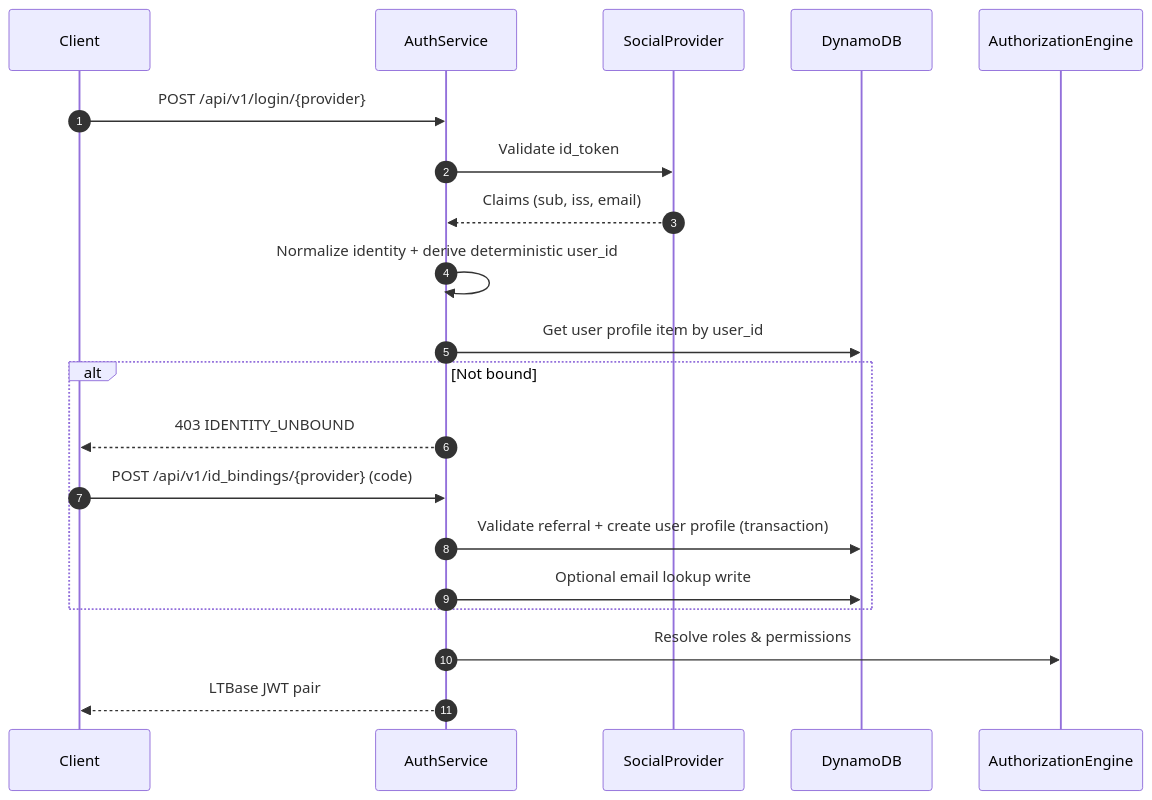
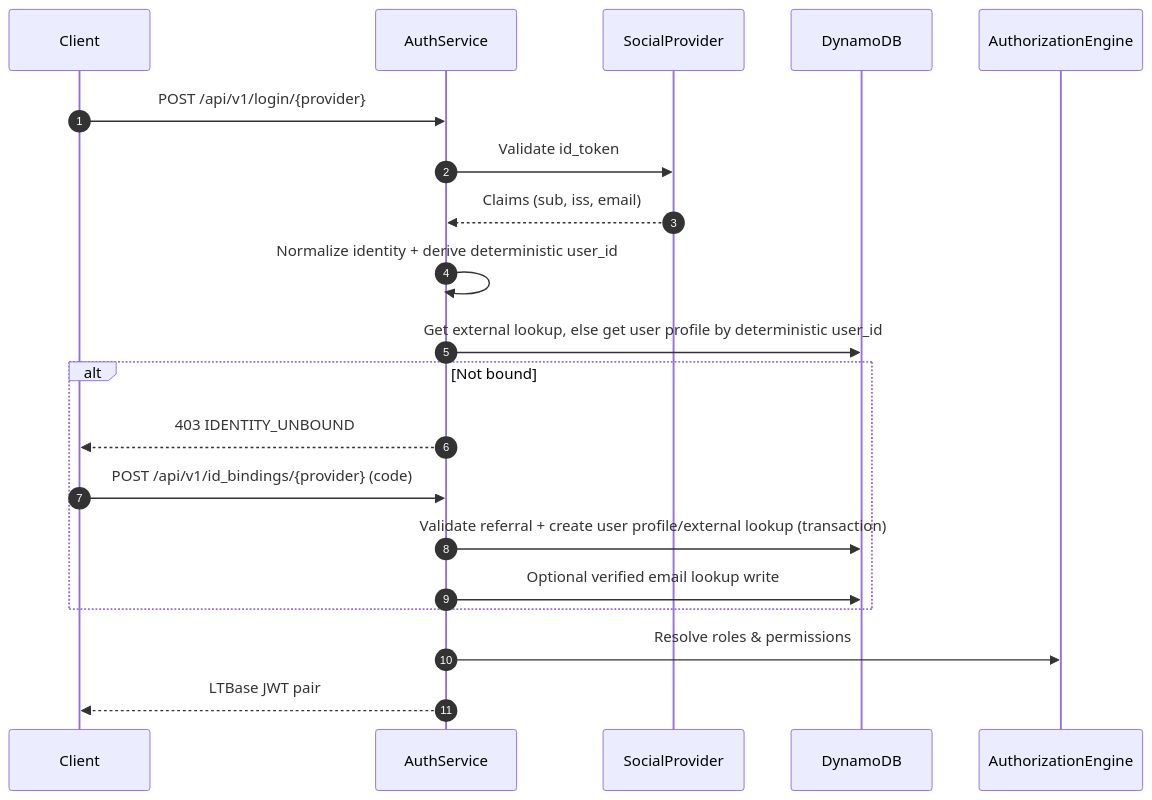
Before and after one commit to Lychee-Technology/rfc: the diagram in EN/aaa.md, drawn with Mermaid. The commit also changed other lines of this file and 1 other file, not shown here.

````diff
--- a/EN/aaa.md
+++ b/EN/aaa.md
@@ -234,26 +235,26 @@
 ```mermaid
 sequenceDiagram
     autonumber
     participant Client
     participant AuthService
     participant SocialProvider
     participant DynamoDB
     participant AuthorizationEngine
 
     Client->>AuthService: POST /api/v1/login/{provider}
     AuthService->>SocialProvider: Validate id_token
     SocialProvider-->>AuthService: Claims (sub, iss, email)
 
     AuthService->>AuthService: Normalize identity + derive deterministic user_id
-    AuthService->>DynamoDB: Get user profile item by user_id
+    AuthService->>DynamoDB: Get external lookup, else get user profile by deterministic user_id
 
     alt Not bound
         AuthService-->>Client: 403 IDENTITY_UNBOUND
         Client->>AuthService: POST /api/v1/id_bindings/{provider} (code)
-        AuthService->>DynamoDB: Validate referral + create user profile (transaction)
-        AuthService->>DynamoDB: Optional email lookup write
+        AuthService->>DynamoDB: Validate referral + create user profile/external lookup (transaction)
+        AuthService->>DynamoDB: Optional verified email lookup write
     end
 
     AuthService->>AuthorizationEngine: Resolve roles & permissions
     AuthService-->>Client: LTBase JWT pair
 ```
````
